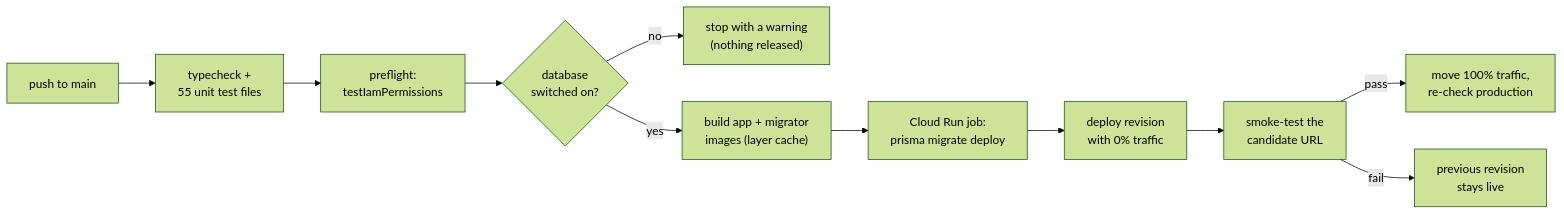
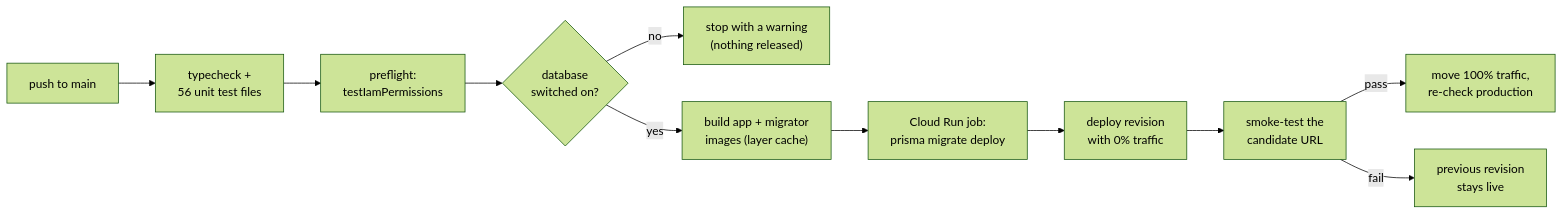
Before and after one commit to baldan555/gatherinsight-platform: the second of 2 diagrams in README.md, drawn with Mermaid (forest theme). The commit also changed 1 other file, not shown here.

Commit message:
Pipeline mirror: 56 unit test files

````diff
--- a/README.md
+++ b/README.md
@@ -64,13 +64,13 @@
 ```mermaid
 flowchart LR
-  push["push to main"] --> verify["typecheck +<br/>55 unit test files"]
+  push["push to main"] --> verify["typecheck +<br/>56 unit test files"]
   verify --> pre["preflight:<br/>testIamPermissions"]
   pre --> db{"database<br/>switched on?"}
   db -->|no| skip["stop with a warning<br/>(nothing released)"]
   db -->|yes| build["build app + migrator<br/>images (layer cache)"]
   build --> mig["Cloud Run job:<br/>prisma migrate deploy"]
   mig --> cand["deploy revision<br/>with 0% traffic"]
   cand --> smoke["smoke-test the<br/>candidate URL"]
   smoke -->|pass| promote["move 100% traffic,<br/>re-check production"]
   smoke -->|fail| keep["previous revision<br/>stays live"]
 ```
````
